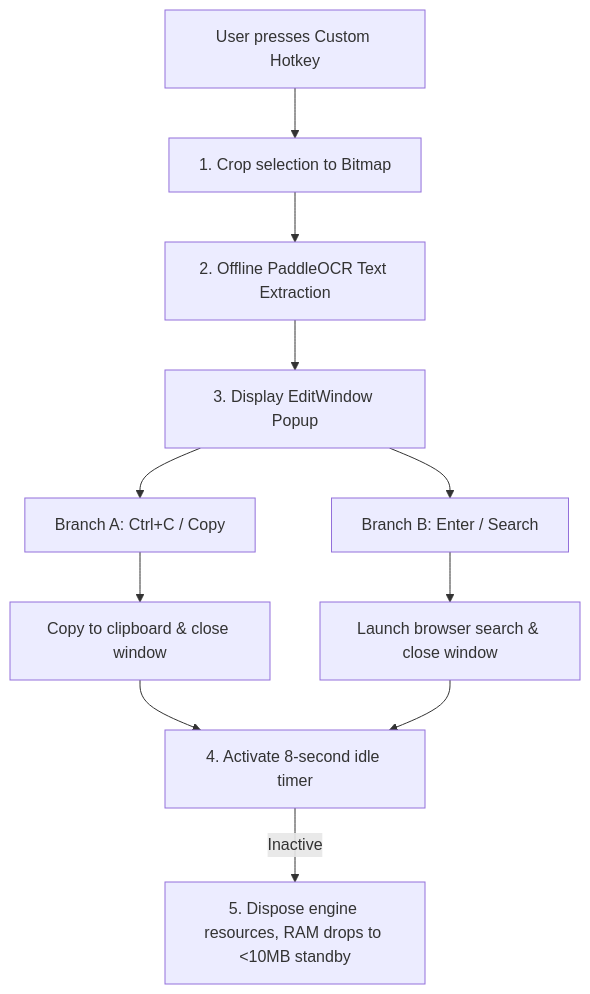
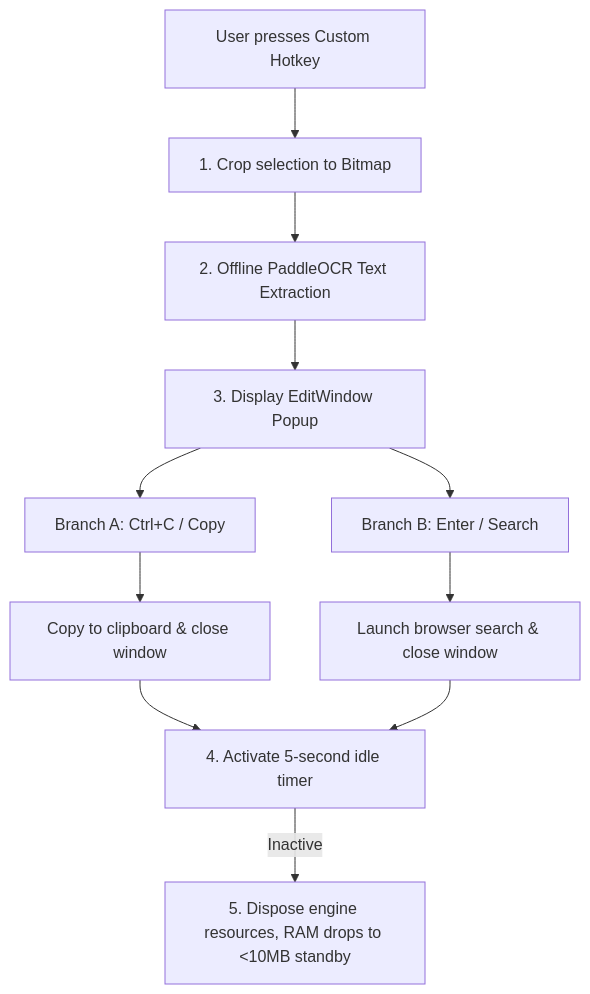
One commit to Loecedas/SnapFind changed the diagram in README.en.md. Above: the diagram before and after it, drawn with Mermaid. The commit also changed other lines of this file and 1 other file, not shown here.

````diff
--- a/README.en.md
+++ b/README.en.md
@@ -129,16 +134,16 @@
 ```mermaid
 graph TD
     A[User presses Custom Hotkey] --> B["1. Crop selection to Bitmap"]
     B --> C["2. Offline PaddleOCR Text Extraction"]
     C --> D["3. Display EditWindow Popup"]
     
     D --> H1[Branch A: Ctrl+C / Copy]
     H1 --> I1[Copy to clipboard & close window]
     
     D --> H2[Branch B: Enter / Search]
     H2 --> I2[Launch browser search & close window]
     
-    I1 --> J["4. Activate 8-second idle timer"]
+    I1 --> J["4. Activate 5-second idle timer"]
     I2 --> J
     J -- Inactive --> K["5. Dispose engine resources, RAM drops to <10MB standby"]
 ```
````
